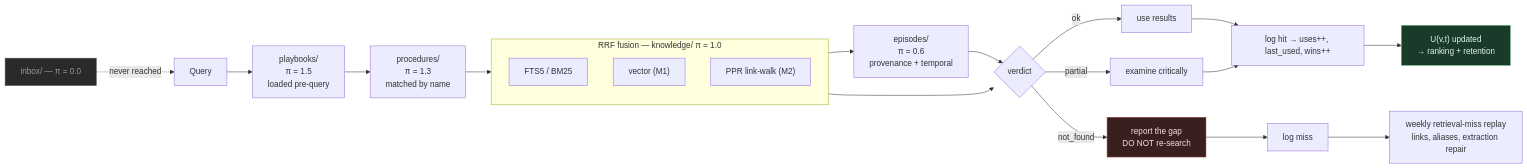
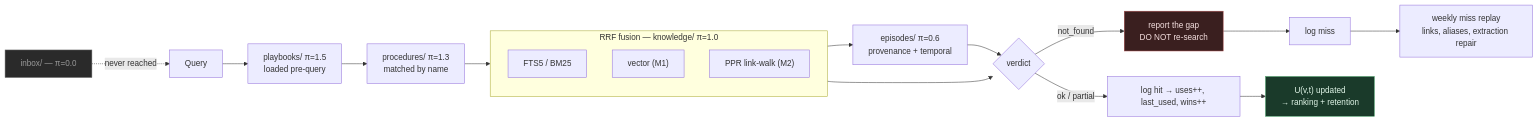
The third of 3 diagrams in docs/whitepapers/02-memory-model.md (zautke/team-kb), drawn with Mermaid before and after one commit. The commit also changed other lines of this file and 8 other files, not shown here.

````diff
--- a/docs/whitepapers/02-memory-model.md
+++ b/docs/whitepapers/02-memory-model.md
@@ -596,34 +553,24 @@
 ```mermaid
 flowchart LR
-    Q["Query"] --> P0["playbooks/<br/>π = 1.5<br/>loaded pre-query"]
-    P0 --> P1["procedures/<br/>π = 1.3<br/>matched by name"]
+    Q["Query"] --> P0["playbooks/ π=1.5<br/>loaded pre-query"]
+    P0 --> P1["procedures/ π=1.3<br/>matched by name"]
     P1 --> RRF
-
-    subgraph RRF["RRF fusion — knowledge/ π = 1.0"]
+    subgraph RRF["RRF fusion — knowledge/ π=1.0"]
         direction TB
         F1["FTS5 / BM25"]
         F2["vector (M1)"]
         F3["PPR link-walk (M2)"]
     end
-
-    RRF --> EP["episodes/<br/>π = 0.6<br/>provenance + temporal"]
+    RRF --> EP["episodes/ π=0.6<br/>provenance + temporal"]
     RRF --> V{"verdict"}
     EP --> V
-
-    V -->|"ok"| U1["use results"]
-    V -->|"partial"| U2["examine critically"]
+    V -->|"ok / partial"| LOG["log hit → uses++, last_used, wins++"]
     V -->|"not_found"| U3["report the gap<br/>DO NOT re-search"]
-
-    U1 --> LOG["log hit → uses++, last_used, wins++"]
-    U2 --> LOG
     U3 --> MISS["log miss"]
-
     LOG --> UT["U(v,t) updated<br/>→ ranking + retention"]
-    MISS --> SAGE["weekly retrieval-miss replay<br/>links, aliases, extraction repair"]
-
-    IN["inbox/ — π = 0.0"] -.->|"never reached"| Q
-
+    MISS --> SAGE["weekly miss replay<br/>links, aliases, extraction repair"]
+    IN["inbox/ — π=0.0"] -.->|"never reached"| Q
     style U3 fill:#3a1f1f,stroke:#a44a4a,color:#f5e0e0
     style IN fill:#2a2a2a,stroke:#666,color:#999
     style UT fill:#1a3a2a,stroke:#4aa46a,color:#e0f5e8
 ```
````
